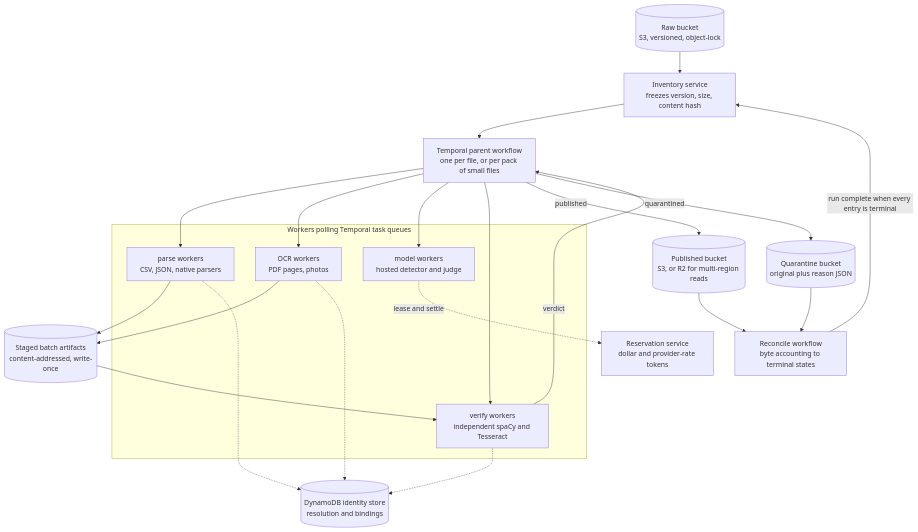
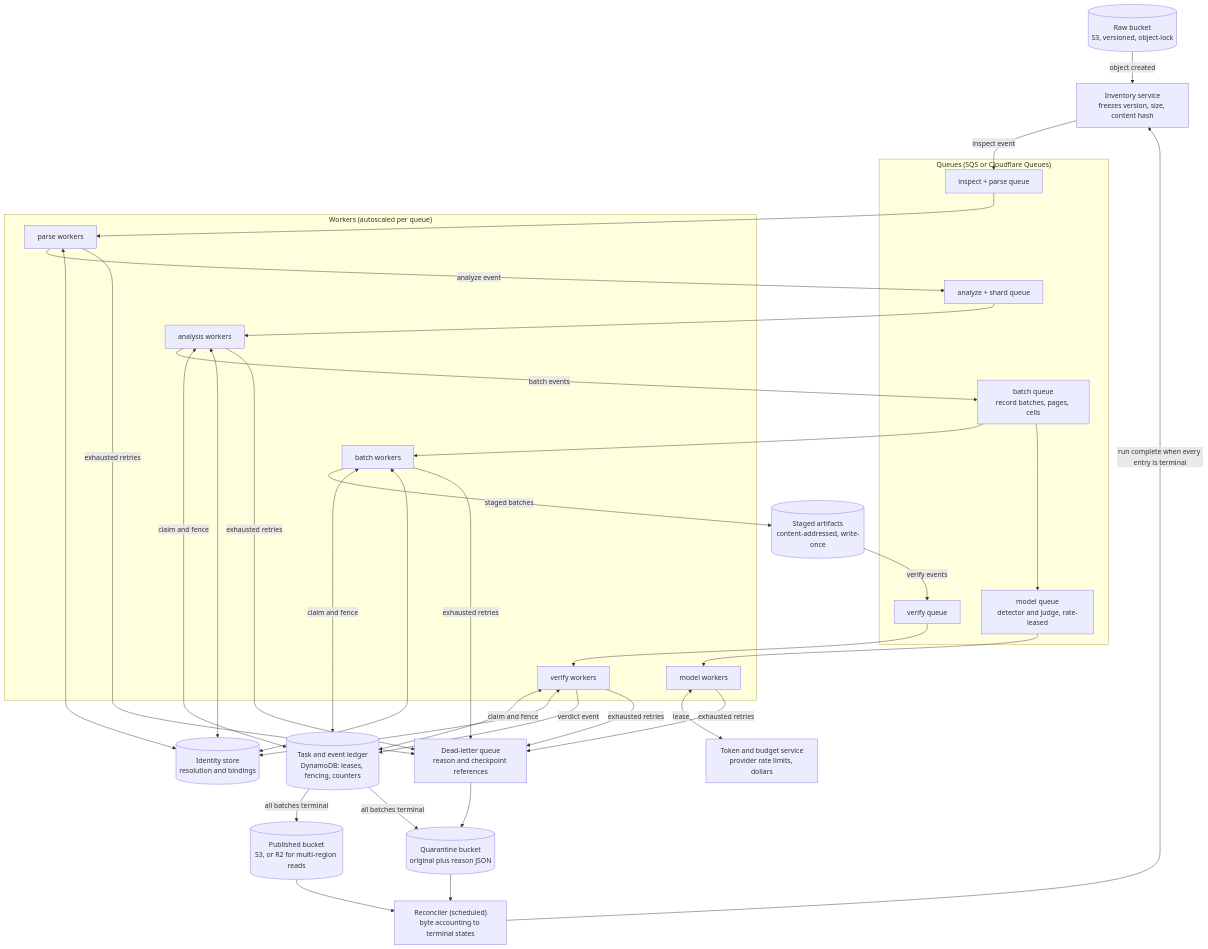
One commit to unkitkr/redactor changed the diagram in DESIGN.md. Above: the diagram before and after it, drawn with Mermaid. The commit also changed other lines of this file, not shown here.

Commit message:
docs(design): simplify part b to a straightforward event-driven system

````diff
--- a/DESIGN.md
+++ b/DESIGN.md
@@ -20,32 +22,45 @@
 ```mermaid
 flowchart TB
     raw[("Raw bucket<br/>S3, versioned, object-lock")]
     inv["Inventory service<br/>freezes version, size, content hash"]
-    wf["Temporal parent workflow<br/>one per file, or per pack of small files"]
-
-    subgraph pools["Workers polling Temporal task queues"]
-        q1["parse workers<br/>CSV, JSON, native parsers"]
-        q2["OCR workers<br/>PDF pages, photos"]
-        q3["model workers<br/>hosted detector and judge"]
-        q4["verify workers<br/>independent spaCy and Tesseract"]
+    subgraph queues["Queues (SQS or Cloudflare Queues)"]
+        q1["inspect + parse queue"]
+        q2["analyze + shard queue"]
+        q3["batch queue<br/>record batches, pages, cells"]
+        q4["model queue<br/>detector and judge, rate-leased"]
+        q5["verify queue"]
     end
-
-    ids[("DynamoDB identity store<br/>resolution and bindings")]
-    tokens["Reservation service<br/>dollar and provider-rate tokens"]
-    staged[("Staged batch artifacts<br/>content-addressed, write-once")]
+    subgraph workers["Workers (autoscaled per queue)"]
+        w1["parse workers"]
+        w2["analysis workers"]
+        w3["batch workers"]
+        w4["model workers"]
+        w5["verify workers"]
+    end
+    table[("Task and event ledger<br/>DynamoDB: leases, fencing, counters")]
+    ids[("Identity store<br/>resolution and bindings")]
+    tokens["Token and budget service<br/>provider rate limits, dollars"]
+    staged[("Staged artifacts<br/>content-addressed, write-once")]
     pub[("Published bucket<br/>S3, or R2 for multi-region reads")]
     quar[("Quarantine bucket<br/>original plus reason JSON")]
-    rec["Reconcile workflow<br/>byte accounting to terminal states"]
+    dlq["Dead-letter queue<br/>reason and checkpoint references"]
+    rec["Reconciler (scheduled)<br/>byte accounting to terminal states"]
 
-    raw --> inv --> wf
-    wf --> q1 & q2 & q3 & q4
-    q1 & q2 --> staged
-    staged --> q4
-    q3 -.->|lease and settle| tokens
-    q1 & q2 & q4 -.-> ids
-    q4 -->|verdict| wf
-    wf -->|published| pub
-    wf -->|quarantined| quar
+    raw -->|object created| inv
+    inv -->|inspect event| q1
+    q1 --> w1 -->|analyze event| q2
+    q2 --> w2 -->|batch events| q3
+    q3 --> w3 -->|staged batches| staged
+    w2 & w3 & w5 <-->|claim and fence| table
+    q3 --> q4
+    q4 --> w4
+    w4 <-->|lease| tokens
+    w1 & w2 & w3 & w5 <--> ids
+    staged -->|verify events| q5
+    q5 --> w5 -->|verdict event| table
+    table -->|all batches terminal| pub & quar
+    w1 & w2 & w3 & w4 & w5 -->|exhausted retries| dlq
+    dlq --> quar
     pub & quar --> rec
     rec -->|"run complete when every entry is terminal"| inv
 ```
````
